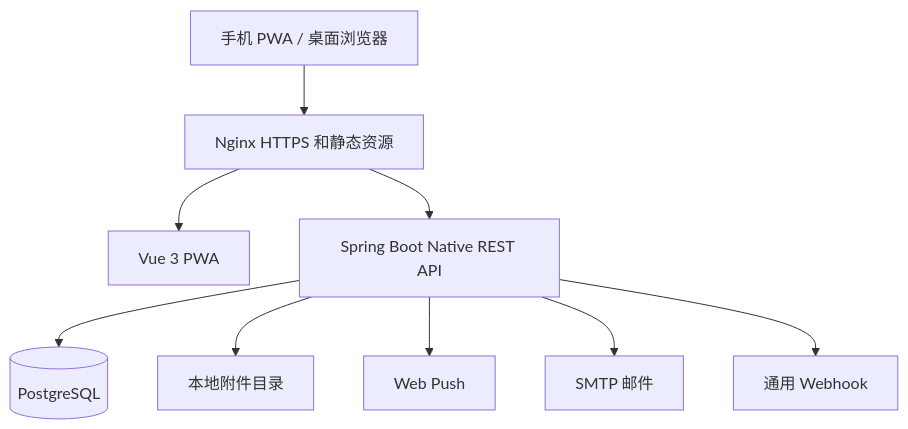
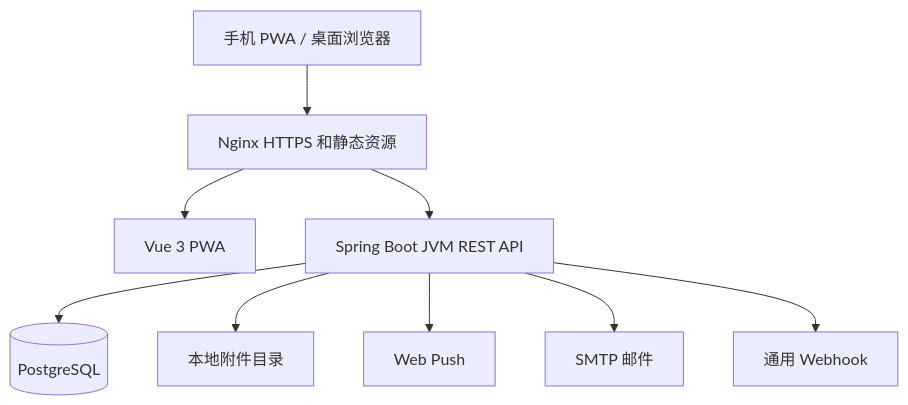
The second of 2 diagrams in docs/superpowers/specs/2026-07-10-stocket-design.md (KeroroC/stocket), drawn with Mermaid before and after one commit. The commit also changed other lines of this file and 91 other files, not shown here.

````diff
--- a/docs/superpowers/specs/2026-07-10-stocket-design.md
+++ b/docs/superpowers/specs/2026-07-10-stocket-design.md
@@ -235,11 +235,11 @@
 ```mermaid
 flowchart TD
   Client["手机 PWA / 桌面浏览器"] --> Gateway["Nginx HTTPS 和静态资源"]
   Gateway --> Frontend["Vue 3 PWA"]
-  Gateway --> App["Spring Boot Native REST API"]
+  Gateway --> App["Spring Boot JVM REST API"]
   App --> PostgreSQL[(PostgreSQL)]
   App --> Files["本地附件目录"]
   App --> Push["Web Push"]
   App --> SMTP["SMTP 邮件"]
   App --> Webhook["通用 Webhook"]
 ```
````
